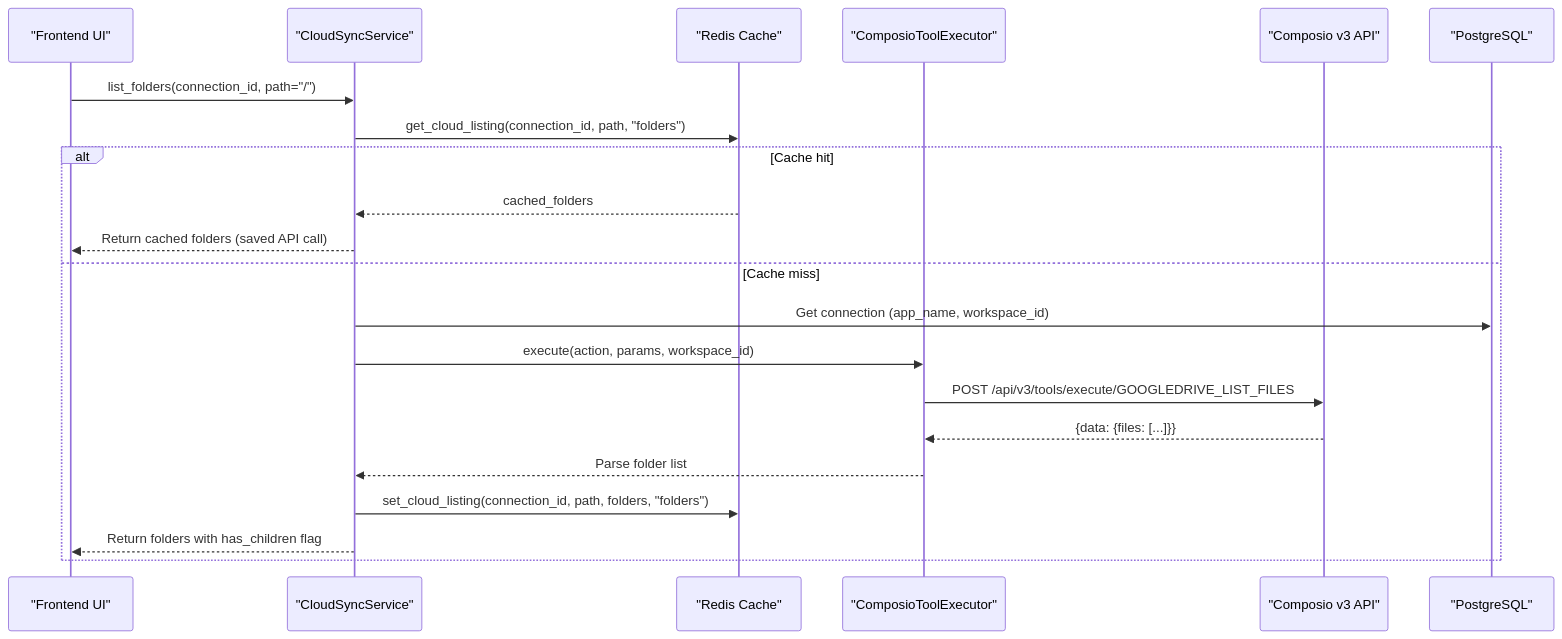
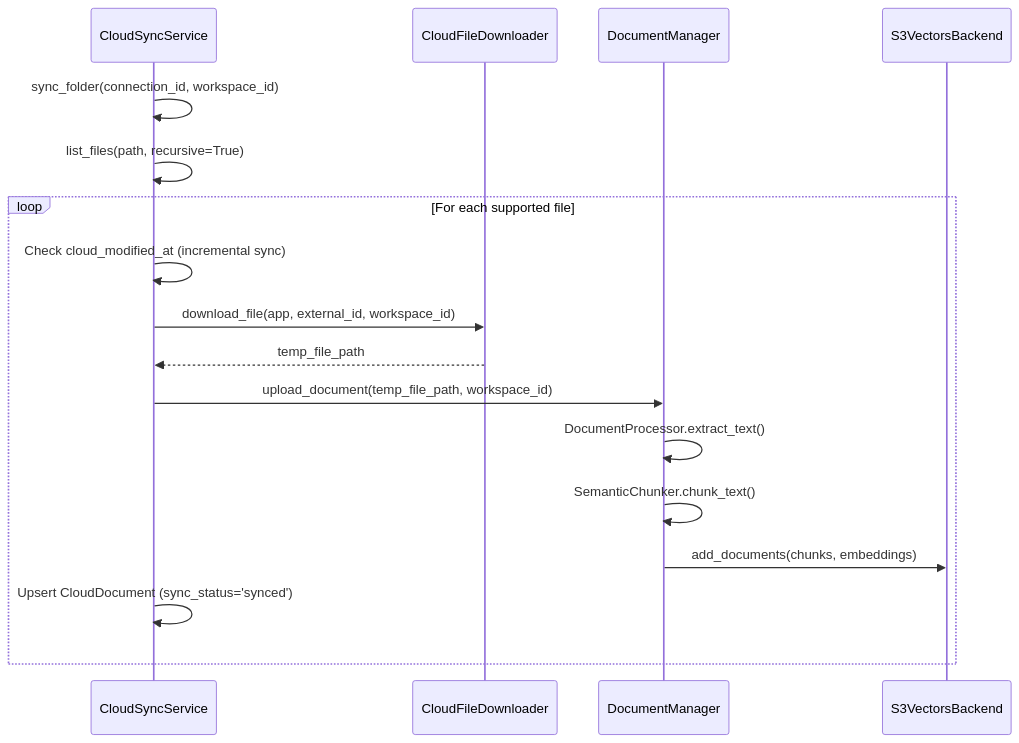
Before and after one commit to AutomatosAI/automatos-ai: the third of 3 diagrams in docs/knowledge-base-rag/cloud-storage-integration.md, drawn with Mermaid. The commit also changed other lines of this file and 149 other files, not shown here.

Commit message:
docs: refresh documentation with graphify semantic scan

````diff
--- a/docs/knowledge-base-rag/cloud-storage-integration.md
+++ b/docs/knowledge-base-rag/cloud-storage-integration.md
@@ -186,25 +166,20 @@
 ```mermaid
 sequenceDiagram
-    participant UI as "Frontend UI"
-    participant Service as "CloudSyncService"
-    participant Cache as "Redis Cache"
-    participant Executor as "ComposioToolExecutor"
-    participant Composio as "Composio v3 API"
-    participant DB as "PostgreSQL"
+    participant S as CloudSyncService
+    participant D as CloudFileDownloader
+    participant M as DocumentManager
+    participant V as S3VectorsBackend
     
-    UI->>Service: list_folders(connection_id, path="/")
-    Service->>Cache: get_cloud_listing(connection_id, path, "folders")
-    
-    alt Cache hit
-        Cache-->>Service: cached_folders
-        Service-->>UI: Return cached folders (saved API call)
-    else Cache miss
-        Service->>DB: Get connection (app_name, workspace_id)
-        Service->>Executor: execute(action, params, workspace_id)
-        Executor->>Composio: POST /api/v3/tools/execute/GOOGLEDRIVE_LIST_FILES
-        Composio-->>Executor: {data: {files: [...]}}
-        Executor-->>Service: Parse folder list
-        Service->>Cache: set_cloud_listing(connection_id, path, folders, "folders")
-        Service-->>UI: Return folders with has_children flag
+    S->>S: sync_folder(connection_id, workspace_id)
+    S->>S: list_files(path, recursive=True)
+    loop For each supported file
+        S->>S: Check cloud_modified_at (incremental sync)
+        S->>D: download_file(app, external_id, workspace_id)
+        D-->>S: temp_file_path
+        S->>M: upload_document(temp_file_path, workspace_id)
+        M->>M: DocumentProcessor.extract_text()
+        M->>M: SemanticChunker.chunk_text()
+        M->>V: add_documents(chunks, embeddings)
+        S->>S: Upsert CloudDocument (sync_status='synced')
     end
 ```
````
